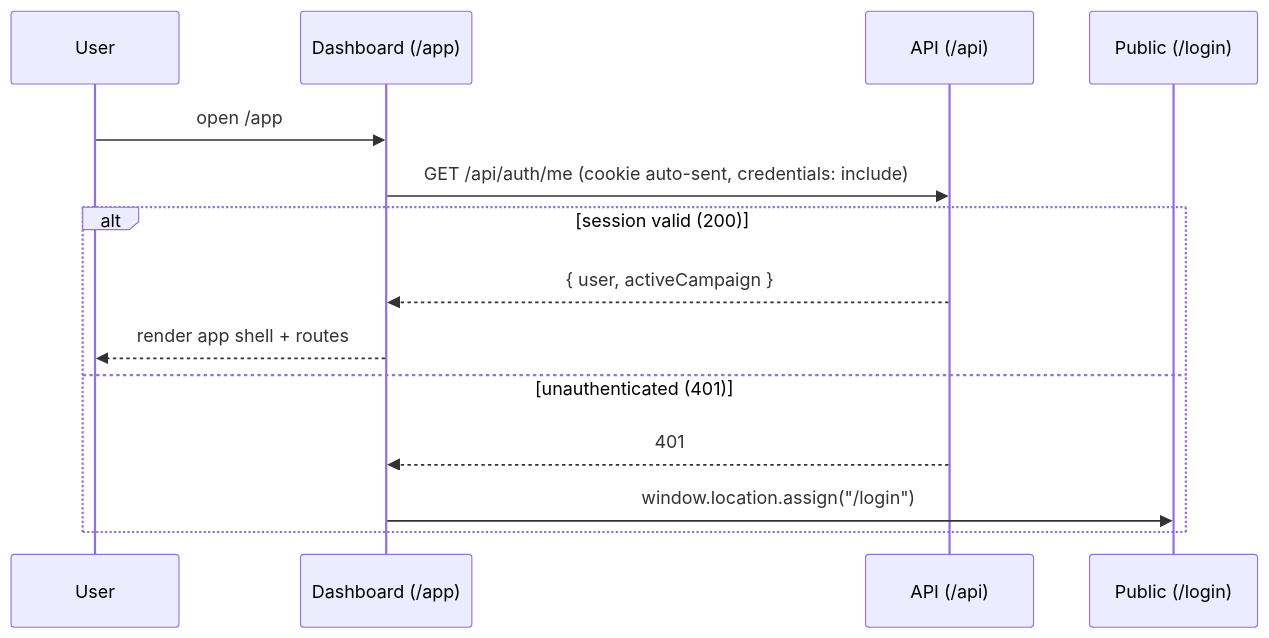
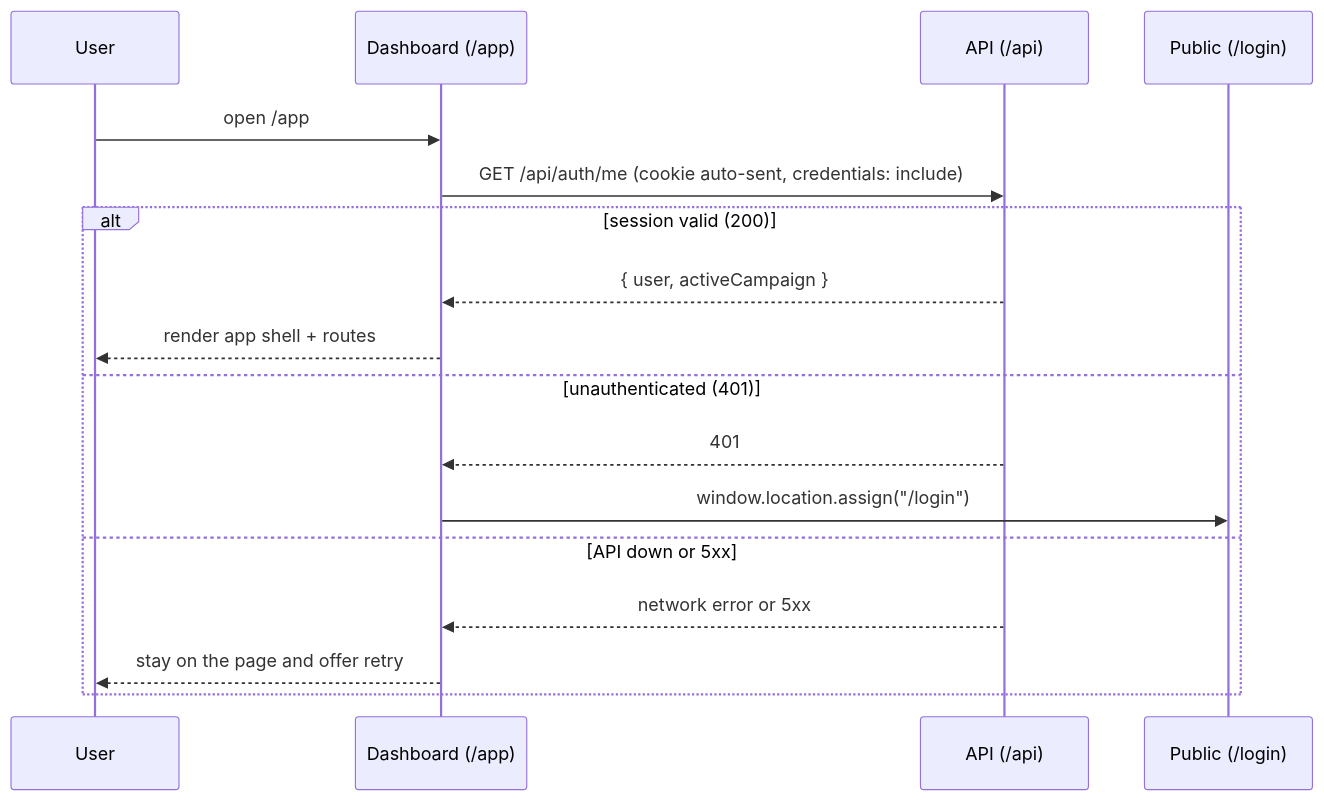
Before and after one commit to jeremyphillips/rpg-world-builder-app: the diagram in apps/dashboard/docs/auth-guard.md, drawn with Mermaid. The commit also changed other lines of this file and 159 other files, not shown here.

````diff
--- a/apps/dashboard/docs/auth-guard.md
+++ b/apps/dashboard/docs/auth-guard.md
@@ -9,17 +9,20 @@
 ```mermaid
 sequenceDiagram
   participant U as User
   participant D as Dashboard (/app)
   participant A as API (/api)
   participant P as Public (/login)
 
   U->>D: open /app
   D->>A: GET /api/auth/me (cookie auto-sent, credentials: include)
   alt session valid (200)
     A-->>D: { user, activeCampaign }
     D-->>U: render app shell + routes
   else unauthenticated (401)
     A-->>D: 401
     D->>P: window.location.assign("/login")
+  else API down or 5xx
+    A-->>D: network error or 5xx
+    D-->>U: stay on the page and offer retry
   end
 ```
````
